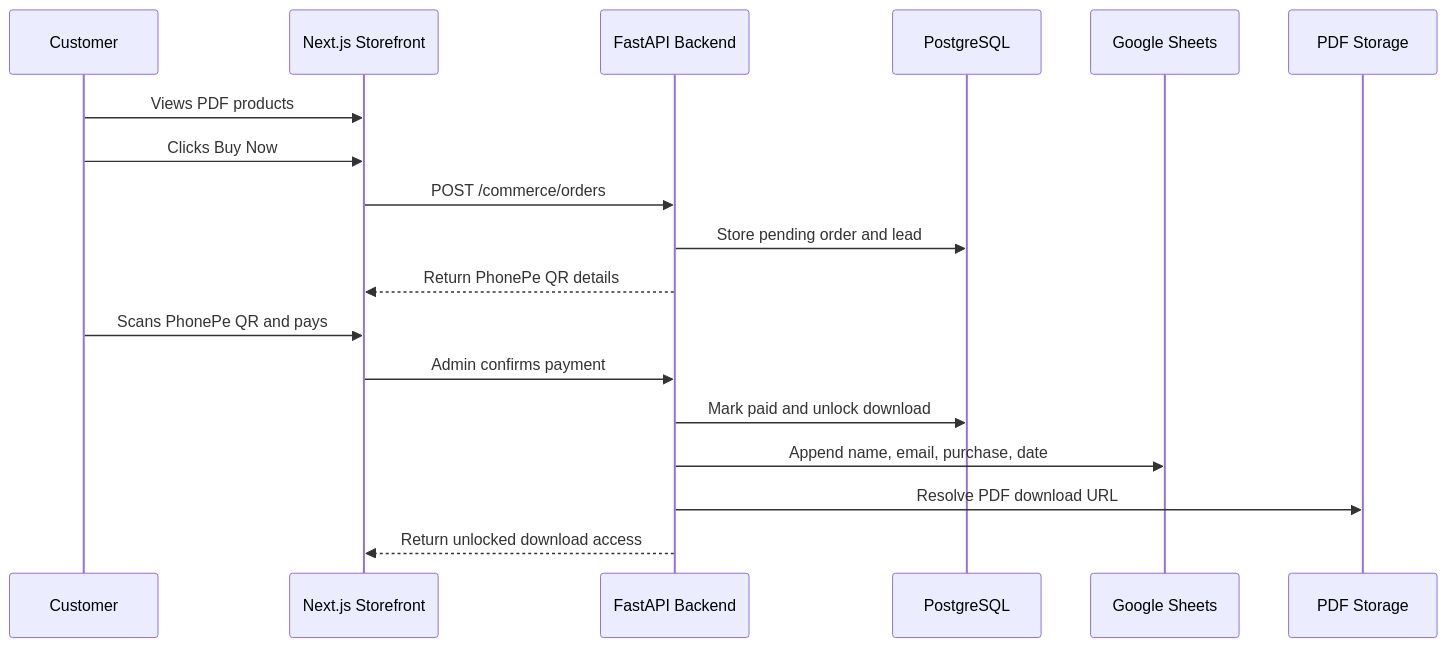
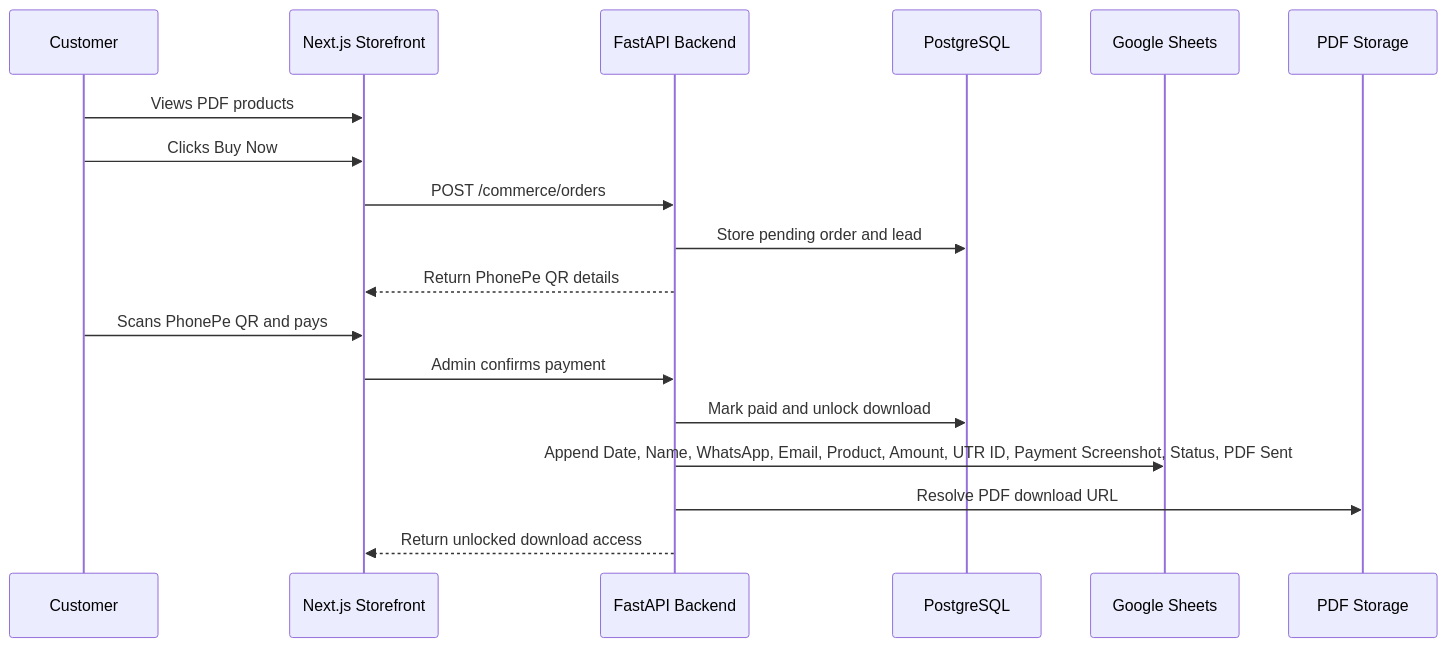
The diagram in docs/commerce-flow.md (UmangAwasthi-20/Physique-Meter), drawn with Mermaid before and after one commit. The commit also changed other lines of this file and 10 other files, not shown here.

````diff
--- a/docs/commerce-flow.md
+++ b/docs/commerce-flow.md
@@ -3,21 +3,21 @@
 ```mermaid
 sequenceDiagram
   participant C as Customer
   participant W as Next.js Storefront
   participant A as FastAPI Backend
   participant P as PostgreSQL
   participant S as Google Sheets
   participant D as PDF Storage
 
   C->>W: Views PDF products
   C->>W: Clicks Buy Now
   W->>A: POST /commerce/orders
   A->>P: Store pending order and lead
   A-->>W: Return PhonePe QR details
   C->>W: Scans PhonePe QR and pays
   W->>A: Admin confirms payment
   A->>P: Mark paid and unlock download
-  A->>S: Append name, email, purchase, date
+  A->>S: Append Date, Name, WhatsApp, Email, Product, Amount, UTR ID, Payment Screenshot, Status, PDF Sent
   A->>D: Resolve PDF download URL
   A-->>W: Return unlocked download access
 ```
````
